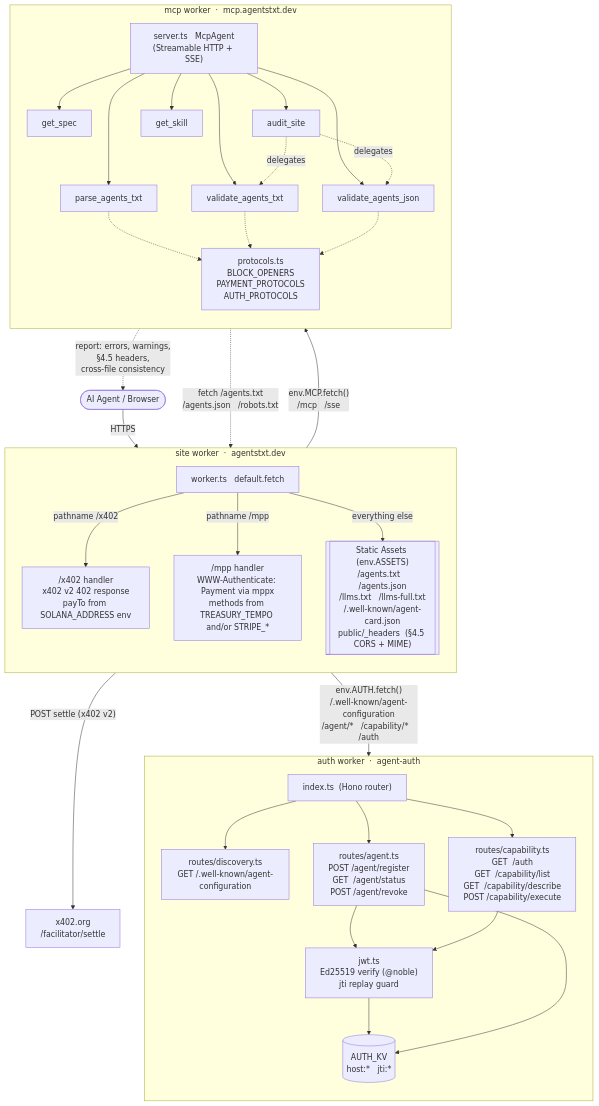
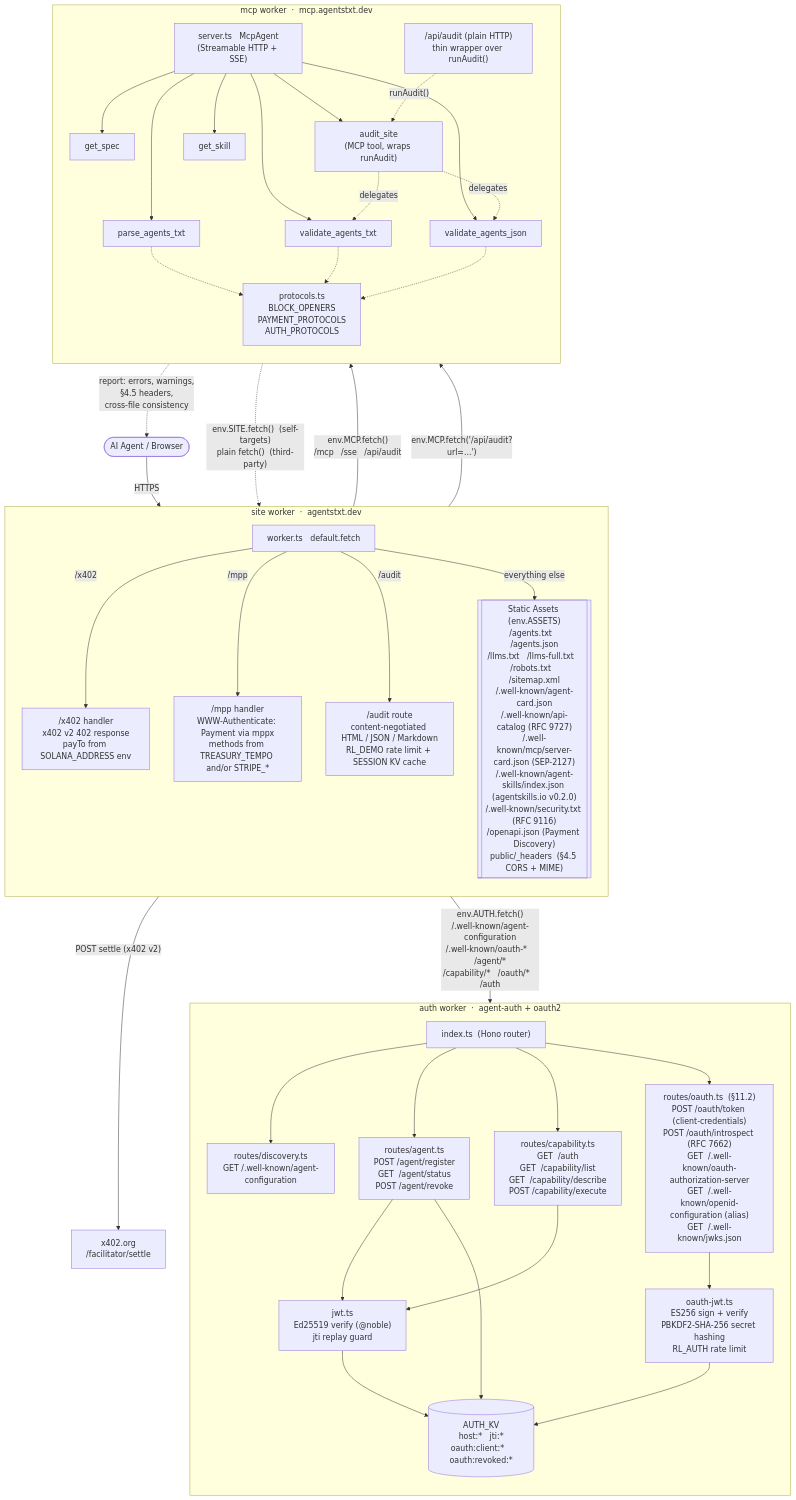
One commit to agents-txt/agents-txt changed the diagram in README.md. Above: the diagram before and after it, drawn with Mermaid. The commit also changed other lines of this file and 1 other file, not shown here.

````diff
--- a/README.md
+++ b/README.md
@@ -231,65 +310,76 @@
 ```mermaid
 flowchart TB
     Client(["AI Agent / Browser"])
 
     subgraph SITE["site worker &nbsp;·&nbsp; agentstxt.dev"]
         direction TB
         SW["worker.ts &nbsp; default.fetch"]
         SP["/x402 handler<br/>x402 v2 402 response<br/>payTo from SOLANA_ADDRESS env"]
         SM["/mpp handler<br/>WWW-Authenticate: Payment via mppx<br/>methods from TREASURY_TEMPO and/or STRIPE_*"]
-        SA[["Static Assets (env.ASSETS)<br/>/agents.txt &nbsp; /agents.json<br/>/llms.txt &nbsp; /llms-full.txt<br/>/.well-known/agent-card.json<br/>public/_headers &nbsp;(§4.5 CORS + MIME)"]]
-        SW -- "pathname /x402" --> SP
-        SW -- "pathname /mpp"  --> SM
+        SD["/audit route<br/>content-negotiated HTML / JSON / Markdown<br/>RL_DEMO rate limit + SESSION KV cache"]
+        SA[["Static Assets (env.ASSETS)<br/>/agents.txt &nbsp; /agents.json<br/>/llms.txt &nbsp; /llms-full.txt &nbsp; /robots.txt &nbsp; /sitemap.xml<br/>/.well-known/agent-card.json<br/>/.well-known/api-catalog (RFC 9727)<br/>/.well-known/mcp/server-card.json (SEP-2127)<br/>/.well-known/agent-skills/index.json (agentskills.io v0.2.0)<br/>/.well-known/security.txt (RFC 9116)<br/>/openapi.json (Payment Discovery)<br/>public/_headers &nbsp;(§4.5 CORS + MIME)"]]
+        SW -- "/x402" --> SP
+        SW -- "/mpp"  --> SM
+        SW -- "/audit" --> SD
         SW -- "everything else" --> SA
     end
 
     subgraph MCP["mcp worker &nbsp;·&nbsp; mcp.agentstxt.dev"]
         direction TB
         MX["server.ts &nbsp; McpAgent<br/>(Streamable HTTP + SSE)"]
+        MAPI["/api/audit (plain HTTP)<br/>thin wrapper over runAudit()"]
         MP["protocols.ts<br/>BLOCK_OPENERS<br/>PAYMENT_PROTOCOLS<br/>AUTH_PROTOCOLS"]
         M1["get_spec"]
         M2["parse_agents_txt"]
         M3["validate_agents_txt"]
         M4["validate_agents_json"]
-        M5["audit_site"]
+        M5["audit_site<br/>(MCP tool, wraps runAudit)"]
         M6["get_skill"]
         MX --> M1
         MX --> M2
         MX --> M3
         MX --> M4
         MX --> M5
         MX --> M6
         M2 -.-> MP
         M3 -.-> MP
         M4 -.-> MP
         M5 -. "delegates" .-> M3
         M5 -. "delegates" .-> M4
     end
 
-    subgraph AUTH["auth worker &nbsp;·&nbsp; agent-auth"]
+    subgraph AUTH["auth worker &nbsp;·&nbsp; agent-auth + oauth2"]
         direction TB
         AX["index.ts &nbsp;(Hono router)"]
         AD["routes/discovery.ts<br/>GET /.well-known/agent-configuration"]
         AA["routes/agent.ts<br/>POST /agent/register<br/>GET&nbsp; /agent/status<br/>POST /agent/revoke"]
         AC["routes/capability.ts<br/>GET&nbsp; /auth<br/>GET&nbsp; /capability/list<br/>GET&nbsp; /capability/describe<br/>POST /capability/execute"]
+        AO["routes/oauth.ts &nbsp;(§11.2)<br/>POST /oauth/token (client-credentials)<br/>POST /oauth/introspect (RFC 7662)<br/>GET&nbsp; /.well-known/oauth-authorization-server<br/>GET&nbsp; /.well-known/openid-configuration (alias)<br/>GET&nbsp; /.well-known/jwks.json"]
         AJ["jwt.ts<br/>Ed25519 verify (@noble)<br/>jti replay guard"]
-        AKV[("AUTH_KV<br/>host:* &nbsp; jti:*")]
+        AOJ["oauth-jwt.ts<br/>ES256 sign + verify<br/>PBKDF2-SHA-256 secret hashing<br/>RL_AUTH rate limit"]
+        AKV[("AUTH_KV<br/>host:* &nbsp; jti:*<br/>oauth:client:* &nbsp; oauth:revoked:*")]
         AX --> AD
         AX --> AA
         AX --> AC
+        AX --> AO
         AA --> AJ
         AC --> AJ
+        AO --> AOJ
         AJ --> AKV
+        AOJ --> AKV
         AA --> AKV
     end
 
     FAC["x402.org<br/>/facilitator/settle"]
 
     Client -->|HTTPS| SW
-    SW -->|"env.MCP.fetch()<br/>/mcp &nbsp; /sse"| MX
-    SW -->|"env.AUTH.fetch()<br/>/.well-known/agent-configuration<br/>/agent/* &nbsp; /capability/* &nbsp; /auth"| AX
+    SW -->|"env.MCP.fetch()<br/>/mcp &nbsp; /sse &nbsp; /api/audit"| MX
+    SW -->|"env.AUTH.fetch()<br/>/.well-known/agent-configuration<br/>/.well-known/oauth-* &nbsp; /agent/*<br/>/capability/* &nbsp; /oauth/* &nbsp; /auth"| AX
     SP -->|"POST settle (x402 v2)"| FAC
 
-    M5 -. "fetch /agents.txt<br/>/agents.json &nbsp; /robots.txt" .-> SW
+    SD -->|"env.MCP.fetch('/api/audit?url=...')"| MAPI
+    MAPI -. "runAudit()" .-> M5
+    M5 -. "env.SITE.fetch() &nbsp;(self-targets)<br/>plain fetch() &nbsp;(third-party)" .-> SW
+
     M5 -. "report: errors, warnings,<br/>§4.5 headers,<br/>cross-file consistency" .-> Client
 ```
````
